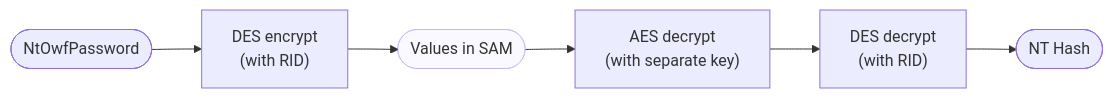
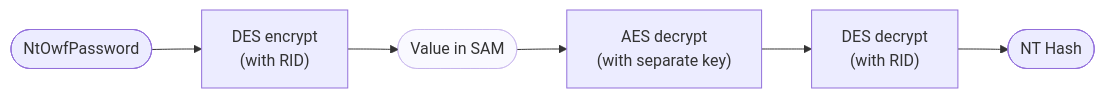
The diagram in content/posts/nltest-ntowfpassword/index.md (jojonas/jojonas.github.io), drawn with Mermaid before and after one commit.

````diff
--- a/content/posts/nltest-ntowfpassword/index.md
+++ b/content/posts/nltest-ntowfpassword/index.md
@@ -109,9 +109,9 @@
 ```mermaid
 flowchart LR
     Owf([NtOwfPassword]) --> DES["DES encrypt<br>(with RID)"]
-    DES --> SAM([Values in SAM])
+    DES --> SAM([Value in SAM])
     SAM --> AES["AES decrypt<br>(with separate key)"]
     AES --> DES2["DES decrypt<br>(with RID)"]
     DES2 --> Hash([NT Hash])
     style SAM opacity:0.3
 ```
````
